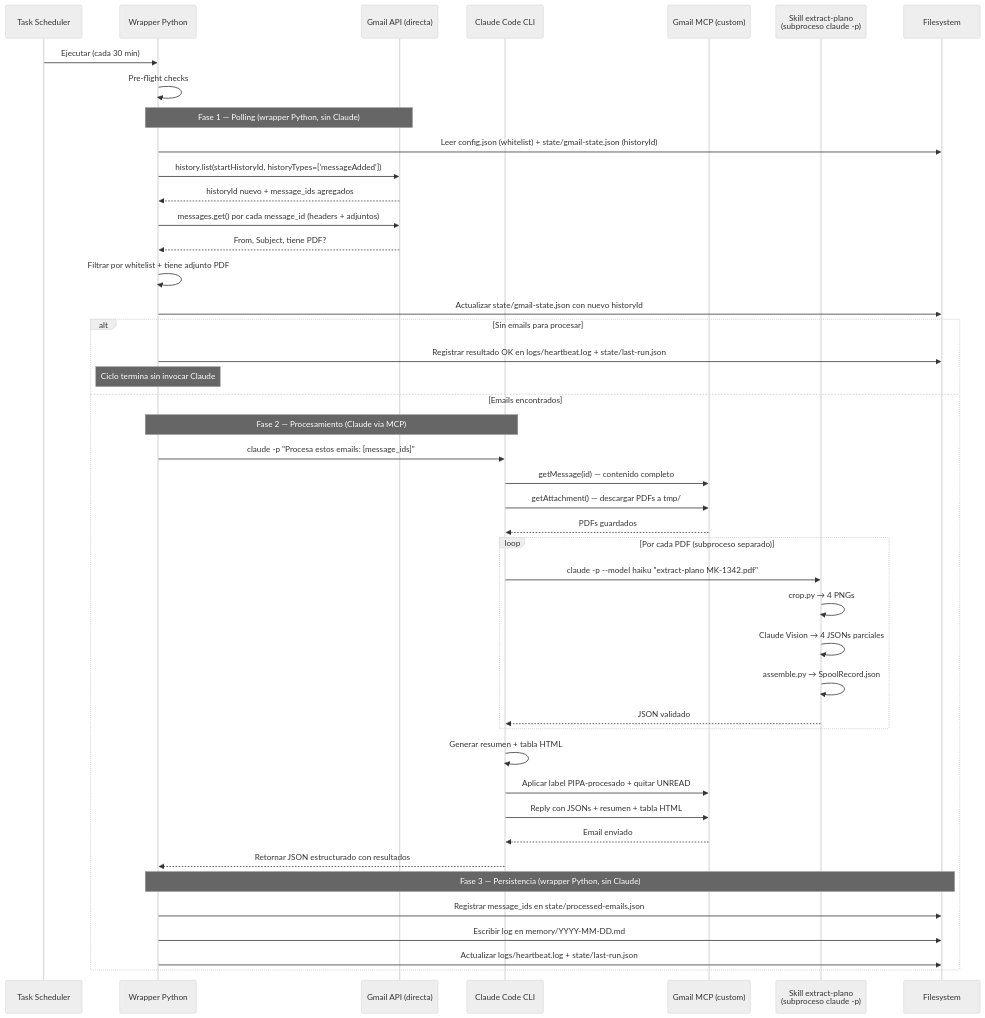
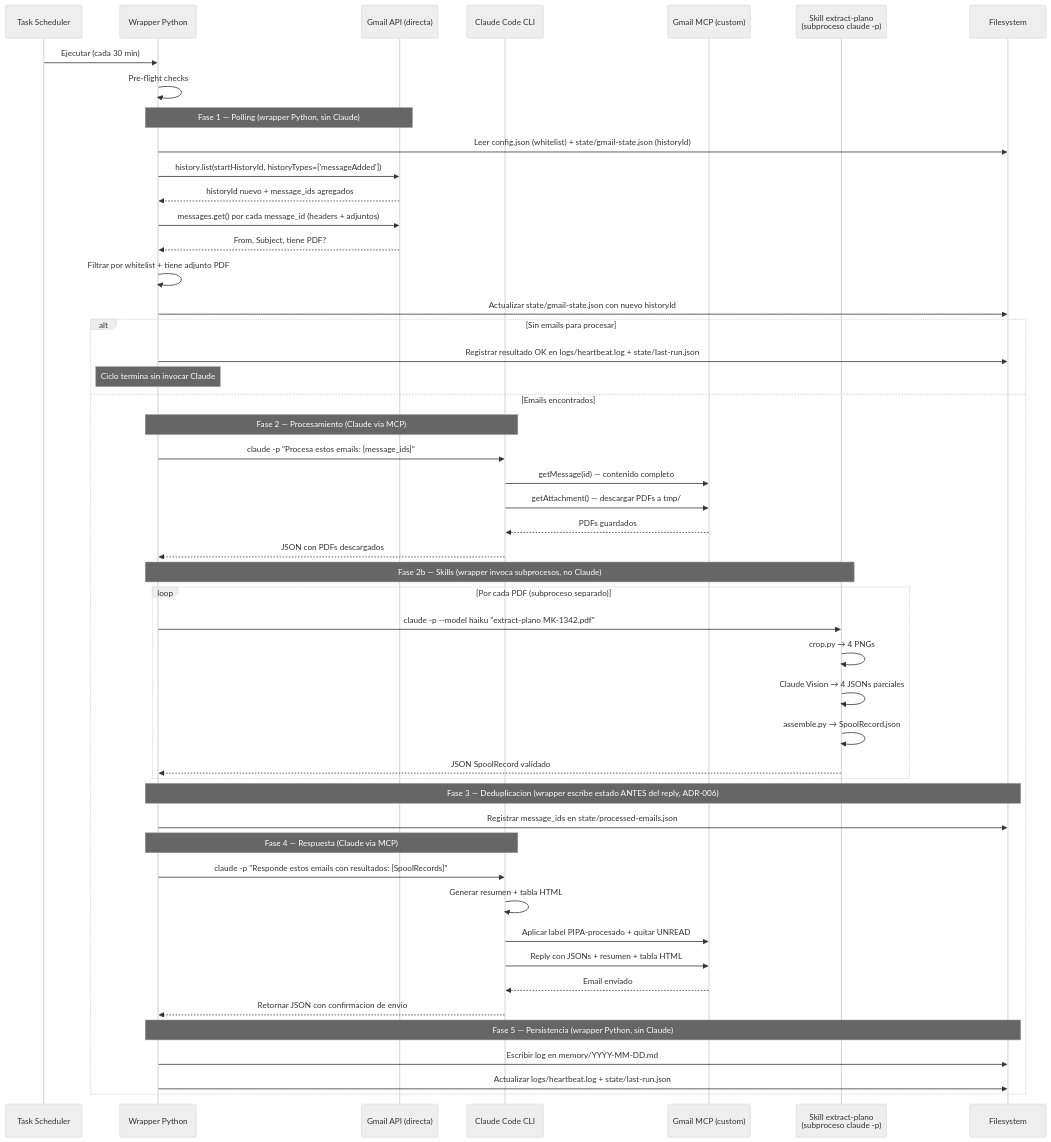
The second of 5 diagrams in docs/v1-spec.md (sescanella/PIPA), drawn with Mermaid (neutral theme) before and after one commit. The commit also changed other lines of this file, not shown here.

````diff
--- a/docs/v1-spec.md
+++ b/docs/v1-spec.md
@@ -188,53 +188,60 @@
 ```mermaid
 sequenceDiagram
     participant TS as Task Scheduler
     participant HR as Wrapper Python
     participant GA as Gmail API (directa)
     participant CC as Claude Code CLI
     participant GM as Gmail MCP (custom)
     participant SK as Skill extract-plano<br/>(subproceso claude -p)
     participant FS as Filesystem
 
     TS->>HR: Ejecutar (cada 30 min)
     HR->>HR: Pre-flight checks
 
     Note over HR,GA: Fase 1 — Polling (wrapper Python, sin Claude)
     HR->>FS: Leer config.json (whitelist) + state/gmail-state.json (historyId)
     HR->>GA: history.list(startHistoryId, historyTypes=['messageAdded'])
     GA-->>HR: historyId nuevo + message_ids agregados
     HR->>GA: messages.get() por cada message_id (headers + adjuntos)
     GA-->>HR: From, Subject, tiene PDF?
     HR->>HR: Filtrar por whitelist + tiene adjunto PDF
     HR->>FS: Actualizar state/gmail-state.json con nuevo historyId
 
     alt Sin emails para procesar
         HR->>FS: Registrar resultado OK en logs/heartbeat.log + state/last-run.json
         Note over HR: Ciclo termina sin invocar Claude
     else Emails encontrados
         Note over HR,CC: Fase 2 — Procesamiento (Claude via MCP)
         HR->>CC: claude -p "Procesa estos emails: [message_ids]"
 
         CC->>GM: getMessage(id) — contenido completo
         CC->>GM: getAttachment() — descargar PDFs a tmp/
         GM-->>CC: PDFs guardados
 
+        CC-->>HR: JSON con PDFs descargados
+
+        Note over HR,SK: Fase 2b — Skills (wrapper invoca subprocesos, no Claude)
         loop Por cada PDF (subproceso separado)
-            CC->>SK: claude -p --model haiku "extract-plano MK-1342.pdf"
+            HR->>SK: claude -p --model haiku "extract-plano MK-1342.pdf"
             SK->>SK: crop.py → 4 PNGs
             SK->>SK: Claude Vision → 4 JSONs parciales
             SK->>SK: assemble.py → SpoolRecord.json
-            SK-->>CC: JSON validado
+            SK-->>HR: JSON SpoolRecord validado
         end
 
+        Note over HR,FS: Fase 3 — Deduplicacion (wrapper escribe estado ANTES del reply, ADR-006)
+        HR->>FS: Registrar message_ids en state/processed-emails.json
+
+        Note over HR,CC: Fase 4 — Respuesta (Claude via MCP)
+        HR->>CC: claude -p "Responde estos emails con resultados: [SpoolRecords]"
         CC->>CC: Generar resumen + tabla HTML
         CC->>GM: Aplicar label PIPA-procesado + quitar UNREAD
         CC->>GM: Reply con JSONs + resumen + tabla HTML
         GM-->>CC: Email enviado
-        CC-->>HR: Retornar JSON estructurado con resultados
+        CC-->>HR: Retornar JSON con confirmacion de envio
 
-        Note over HR,FS: Fase 3 — Persistencia (wrapper Python, sin Claude)
-        HR->>FS: Registrar message_ids en state/processed-emails.json
+        Note over HR,FS: Fase 5 — Persistencia (wrapper Python, sin Claude)
         HR->>FS: Escribir log en memory/YYYY-MM-DD.md
         HR->>FS: Actualizar logs/heartbeat.log + state/last-run.json
     end
 ```
````
